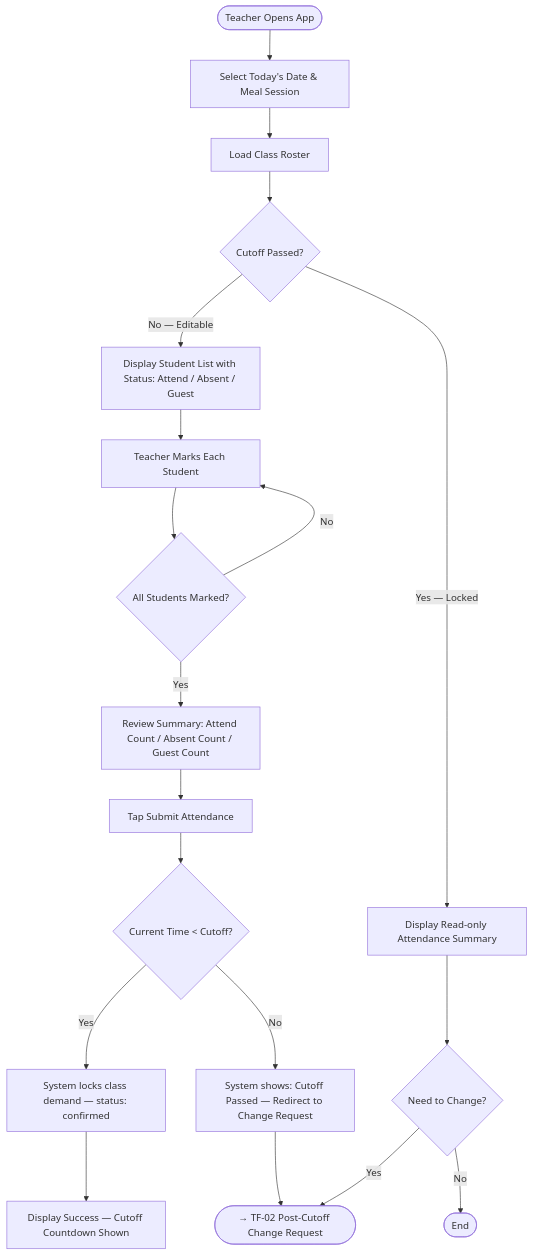
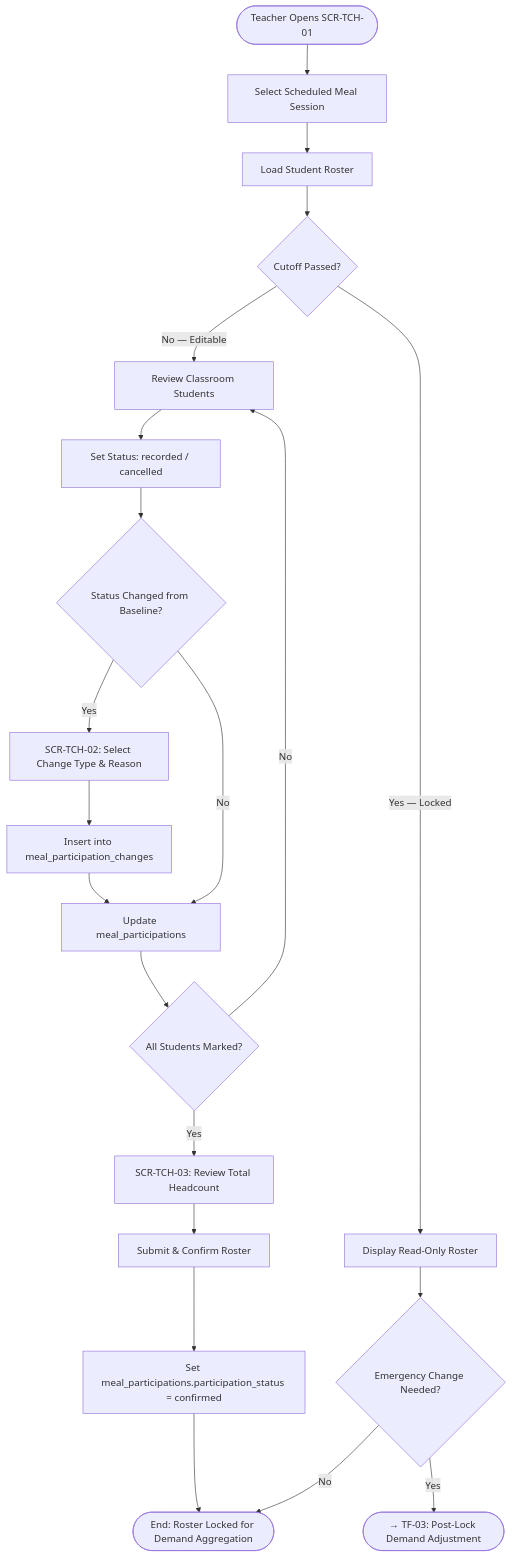
One commit to Bernie-TruongTQ/PRIMARY_SCHOOL_SEMI-BOARDING_MEAL_MANAGEMENT_SYSTEM changed the first of 5 diagrams in docs/04-information-architecture/task-flows.md. Above: the diagram before and after it, drawn with Mermaid. The commit also changed other lines of this file and 19 other files, not shown here.

Commit message:
docs: add comprehensive top-down documentation covering roles, use cases, information architecture, and traceability

````diff
--- a/docs/04-information-architecture/task-flows.md
+++ b/docs/04-information-architecture/task-flows.md
@@ -12,23 +13,27 @@
 ```mermaid
 flowchart TD
-    A([Teacher Opens App]) --> B[Select Today's Date & Meal Session]
-    B --> C[Load Class Roster]
-    C --> D{Cutoff Passed?}
+    Start([Teacher Opens SCR-TCH-01]) --> SelectSession[Select Scheduled Meal Session]
+    SelectSession --> LoadRoster[Load Student Roster]
+    LoadRoster --> CheckCutoff{Cutoff Passed?}
 
-    D -->|No — Editable| E[Display Student List with Status: Attend / Absent / Guest]
-    E --> F[Teacher Marks Each Student]
-    F --> G{All Students Marked?}
-    G -->|No| F
-    G -->|Yes| H[Review Summary: Attend Count / Absent Count / Guest Count]
-    H --> I[Tap Submit Attendance]
-    I --> J{Current Time < Cutoff?}
-    J -->|Yes| K[System locks class demand — status: confirmed]
-    K --> L[Display Success — Cutoff Countdown Shown]
-    J -->|No| M[System shows: Cutoff Passed — Redirect to Change Request]
-    M --> TF_02([→ TF-02 Post-Cutoff Change Request])
+    CheckCutoff -->|No — Editable| ReviewStudents[Review Classroom Students]
+    ReviewStudents --> SetStatus[Set Status: recorded / cancelled]
+    SetStatus --> HasChangeReason{Status Changed from Baseline?}
+    
+    HasChangeReason -->|Yes| OpenAmendModal[SCR-TCH-02: Select Change Type & Reason]
+    OpenAmendModal --> SaveChangeLog[Insert into meal_participation_changes]
+    SaveChangeLog --> UpdatePart[Update meal_participations]
+    HasChangeReason -->|No| UpdatePart
+    
+    UpdatePart --> CheckComplete{All Students Marked?}
+    CheckComplete -->|No| ReviewStudents
+    CheckComplete -->|Yes| OpenConfirm[SCR-TCH-03: Review Total Headcount]
+    OpenConfirm --> LockRoster[Submit & Confirm Roster]
+    LockRoster --> PersistConfirmed[Set meal_participations.participation_status = confirmed]
+    PersistConfirmed --> EndTF1([End: Roster Locked for Demand Aggregation])
 
-    D -->|Yes — Locked| N[Display Read-only Attendance Summary]
-    N --> O{Need to Change?}
-    O -->|Yes| TF_02
-    O -->|No| P([End])
+    CheckCutoff -->|Yes — Locked| ReadOnlyView[Display Read-Only Roster]
+    ReadOnlyView --> NeedsChange{Emergency Change Needed?}
+    NeedsChange -->|Yes| RouteTF3([→ TF-03: Post-Lock Demand Adjustment])
+    NeedsChange -->|No| EndTF1
 ```
````
